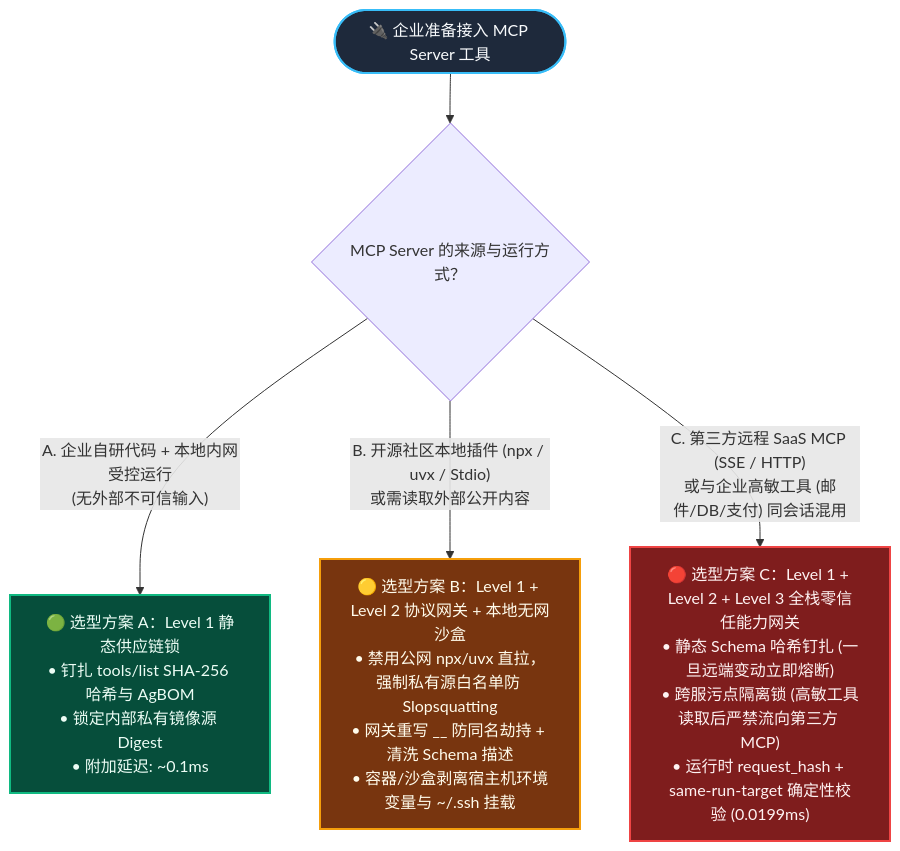
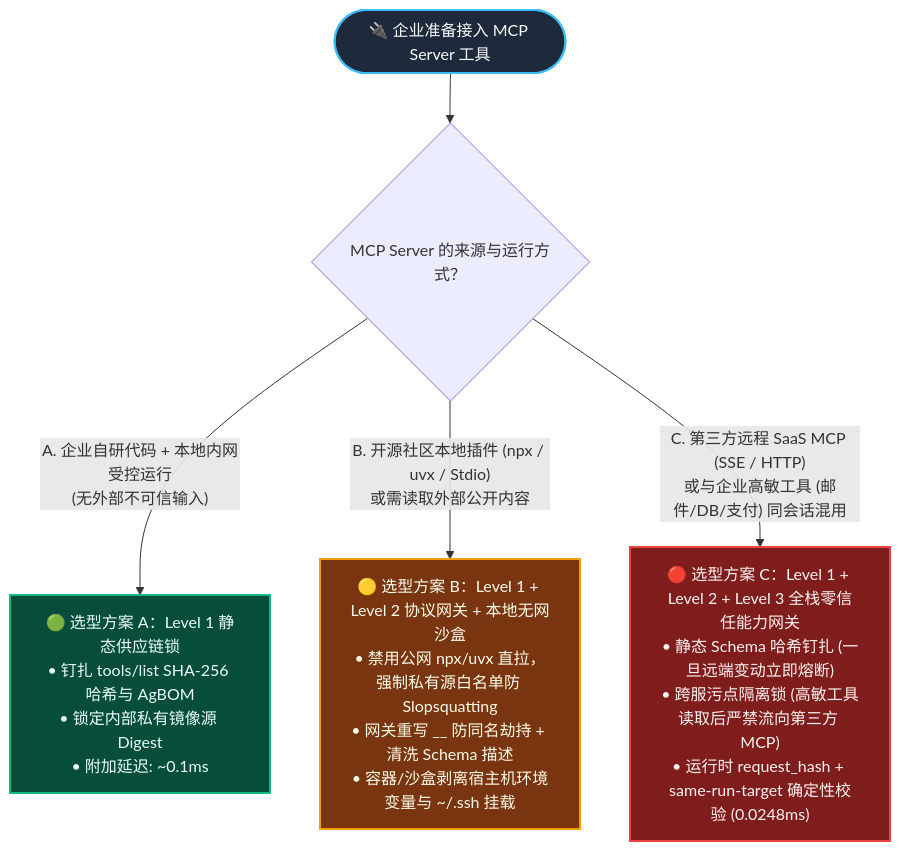
The first of 3 diagrams in workshops/ai-security/mcp-tool-poisoning-and-pinning-selection-faq.md (turbo998/turbo998.github.io), drawn with Mermaid before and after one commit. The commit also changed other lines of this file and 26 other files, not shown here.

````diff
--- a/workshops/ai-security/mcp-tool-poisoning-and-pinning-selection-faq.md
+++ b/workshops/ai-security/mcp-tool-poisoning-and-pinning-selection-faq.md
@@ -82,15 +82,15 @@
 ```mermaid
 flowchart TD
     Start(["🔌 企业准备接入 MCP Server 工具"]) --> Q1{"MCP Server 的来源与运行方式？"}
     
     Q1 -- "A. 企业自研代码 + 本地内网受控运行\n(无外部不可信输入)" --> L1["🟢 选型方案 A：Level 1 静态供应链锁\n• 钉扎 tools/list SHA-256 哈希与 AgBOM\n• 锁定内部私有镜像源 Digest\n• 附加延迟: ~0.1ms"]
     
     Q1 -- "B. 开源社区本地插件 (npx / uvx / Stdio)\n或需读取外部公开内容" --> L2["🟡 选型方案 B：Level 1 + Level 2 协议网关 + 本地无网沙盒\n• 禁用公网 npx/uvx 直拉，强制私有源白名单防 Slopsquatting\n• 网关重写 <server_id>__<tool> 防同名劫持 + 清洗 Schema 描述\n• 容器/沙盒剥离宿主机环境变量与 ~/.ssh 挂载"]
     
-    Q1 -- "C. 第三方远程 SaaS MCP (SSE / HTTP)\n或与企业高敏工具 (邮件/DB/支付) 同会话混用" --> L3["🔴 选型方案 C：Level 1 + Level 2 + Level 3 全栈零信任能力网关\n• 静态 Schema 哈希钉扎 (一旦远端变动立即熔断)\n• 跨服污点隔离锁 (高敏工具读取后严禁流向第三方 MCP)\n• 运行时 request_hash + same-run-target 确定性校验 (0.0199ms)"]
+    Q1 -- "C. 第三方远程 SaaS MCP (SSE / HTTP)\n或与企业高敏工具 (邮件/DB/支付) 同会话混用" --> L3["🔴 选型方案 C：Level 1 + Level 2 + Level 3 全栈零信任能力网关\n• 静态 Schema 哈希钉扎 (一旦远端变动立即熔断)\n• 跨服污点隔离锁 (高敏工具读取后严禁流向第三方 MCP)\n• 运行时 request_hash + same-run-target 确定性校验 (0.0248ms)"]
 
     style Start fill:#1e293b,stroke:#38bdf8,color:#f8fafc,stroke-width:2px
     style L1 fill:#064e3b,stroke:#10b981,color:#ecfdf5,stroke-width:2px
     style L2 fill:#78350f,stroke:#f59e0b,color:#fffbeb,stroke-width:2px
     style L3 fill:#7f1d1d,stroke:#ef4444,color:#fef2f2,stroke-width:2px
 ```
````
